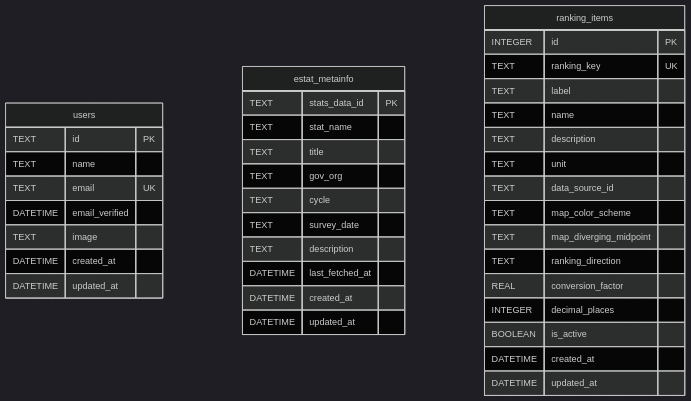
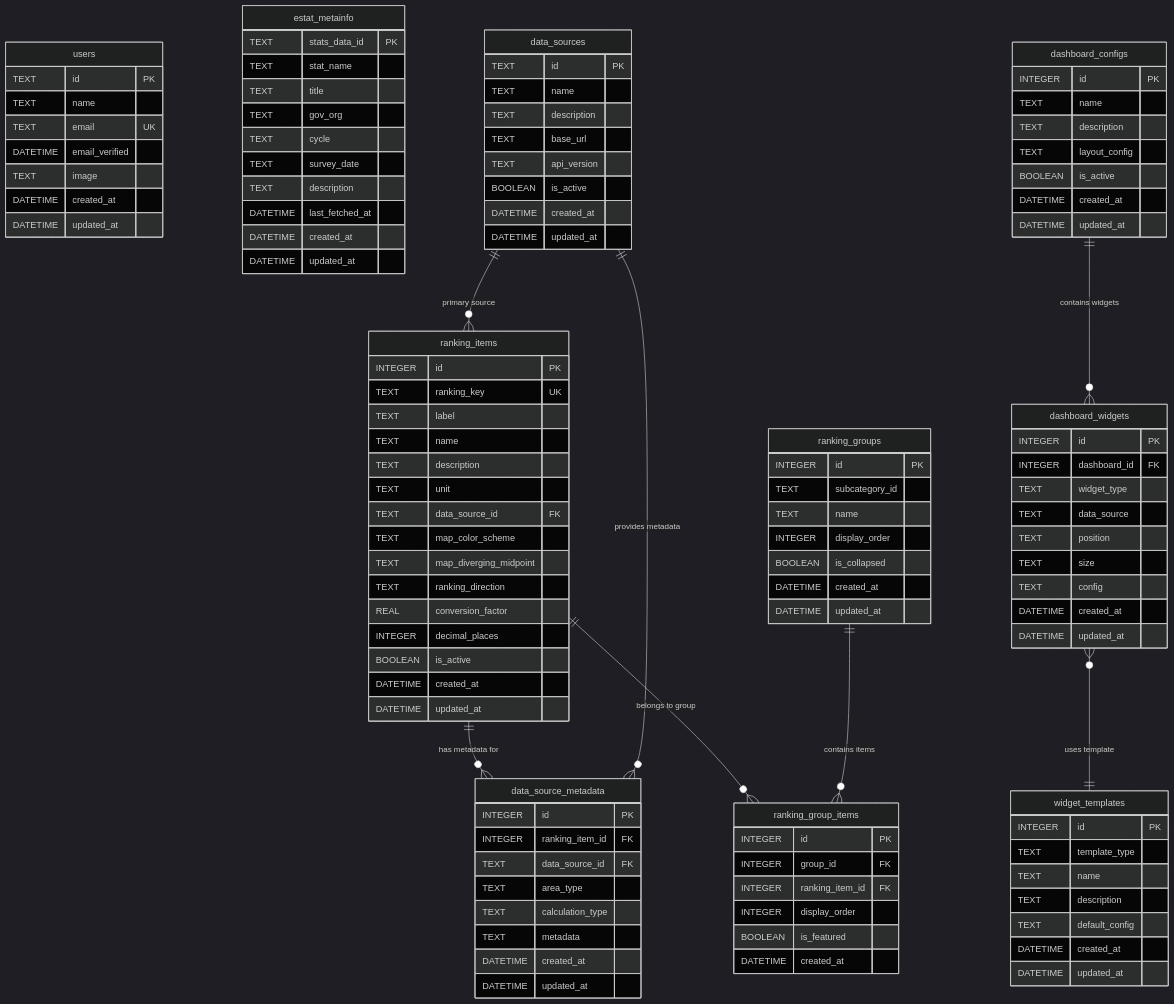
Before and after one commit to uruhayato373/stats47: the diagram in docs/04_開発ガイド/03_インフラ/データベース/01_D1データベース概要.md, drawn with Mermaid (dark theme). The commit also changed other lines of this file and 60 other files, not shown here.

````diff
--- a/docs/04_開発ガイド/03_インフラ/データベース/01_D1データベース概要.md
+++ b/docs/04_開発ガイド/03_インフラ/データベース/01_D1データベース概要.md
@@ -132,6 +373,17 @@
         DATETIME updated_at
     }
 
+    data_sources {
+        TEXT id PK
+        TEXT name
+        TEXT description
+        TEXT base_url
+        TEXT api_version
+        BOOLEAN is_active
+        DATETIME created_at
+        DATETIME updated_at
+    }
+
     ranking_items {
         INTEGER id PK
         TEXT ranking_key UK
@@ -139,7 +391,7 @@
         TEXT name
         TEXT description
         TEXT unit
-        TEXT data_source_id
+        TEXT data_source_id FK
         TEXT map_color_scheme
         TEXT map_diverging_midpoint
         TEXT ranking_direction
@@ -149,4 +401,74 @@
         DATETIME created_at
         DATETIME updated_at
     }
+
+    data_source_metadata {
+        INTEGER id PK
+        INTEGER ranking_item_id FK
+        TEXT data_source_id FK
+        TEXT area_type
+        TEXT calculation_type
+        TEXT metadata
+        DATETIME created_at
+        DATETIME updated_at
+    }
+
+    ranking_groups {
+        INTEGER id PK
+        TEXT subcategory_id
+        TEXT name
+        INTEGER display_order
+        BOOLEAN is_collapsed
+        DATETIME created_at
+        DATETIME updated_at
+    }
+
+    ranking_group_items {
+        INTEGER id PK
+        INTEGER group_id FK
+        INTEGER ranking_item_id FK
+        INTEGER display_order
+        BOOLEAN is_featured
+        DATETIME created_at
+    }
+
+    dashboard_configs {
+        INTEGER id PK
+        TEXT name
+        TEXT description
+        TEXT layout_config
+        BOOLEAN is_active
+        DATETIME created_at
+        DATETIME updated_at
+    }
+
+    dashboard_widgets {
+        INTEGER id PK
+        INTEGER dashboard_id FK
+        TEXT widget_type
+        TEXT data_source
+        TEXT position
+        TEXT size
+        TEXT config
+        DATETIME created_at
+        DATETIME updated_at
+    }
+
+    widget_templates {
+        INTEGER id PK
+        TEXT template_type
+        TEXT name
+        TEXT description
+        TEXT default_config
+        DATETIME created_at
+        DATETIME updated_at
+    }
+
+    ranking_items ||--o{ data_source_metadata : "has metadata for"
+    data_sources ||--o{ data_source_metadata : "provides metadata"
+    data_sources ||--o{ ranking_items : "primary source"
+    ranking_items ||--o{ ranking_group_items : "belongs to group"
+    ranking_groups ||--o{ ranking_group_items : "contains items"
+    dashboard_configs ||--o{ dashboard_widgets : "contains widgets"
+    dashboard_widgets }o--|| widget_templates : "uses template"
 ```
````
